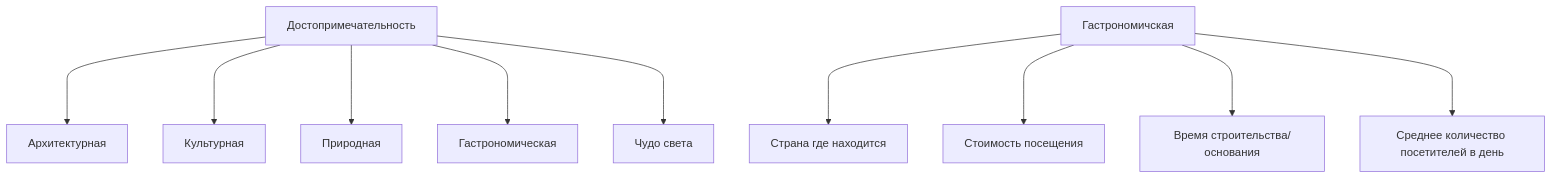
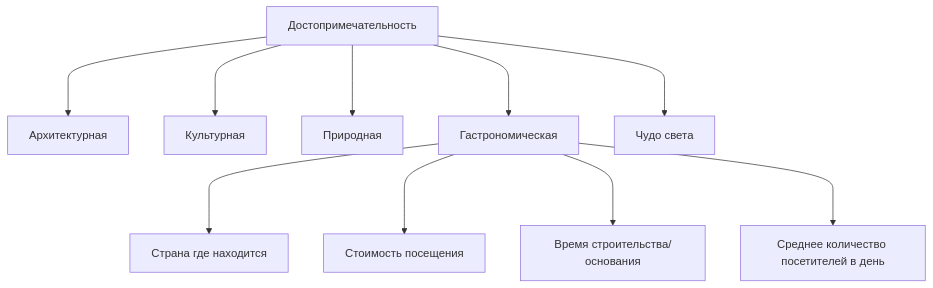
Before and after one commit to demonblo/artificial-intelligence-systems: the diagram in lab_01/tree.md, drawn with Mermaid.

Commit message:
edit gastronomic attraction in tree.md

````diff
--- a/lab_01/tree.md
+++ b/lab_01/tree.md
@@ -1,13 +1,13 @@
 ```mermaid
 flowchart TD
 Достопримечательность ---> Архитектурная
 Достопримечательность ---> Культурная
 Достопримечательность ---> Природная
 Достопримечательность ---> Гастрономическая
 Достопримечательность ---> ЧС[Чудо света]
 
-Гастрономичская ---> СН[Страна где находится]
-Гастрономичская ---> СП[Стоимость посещения]
-Гастрономичская ---> ВО[Время строительства/основания]
-Гастрономичская ---> КТ[Среднее количество посетителей в день]
+Гастрономическая ---> СН[Страна где находится]
+Гастрономическая ---> СП[Стоимость посещения]
+Гастрономическая ---> ВО[Время строительства/основания]
+Гастрономическая ---> КТ[Среднее количество посетителей в день]
 ```
````
